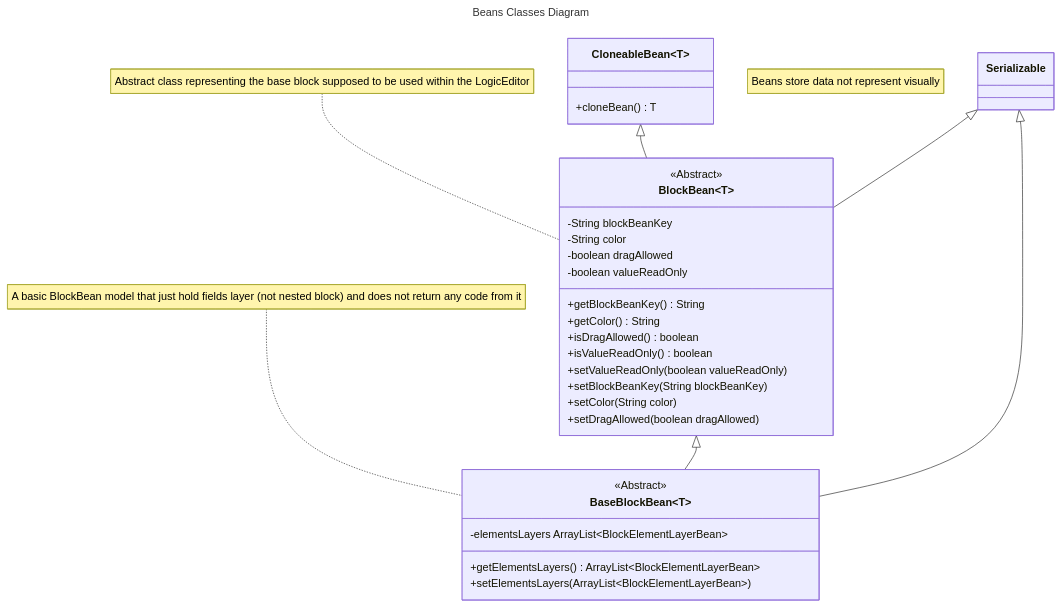
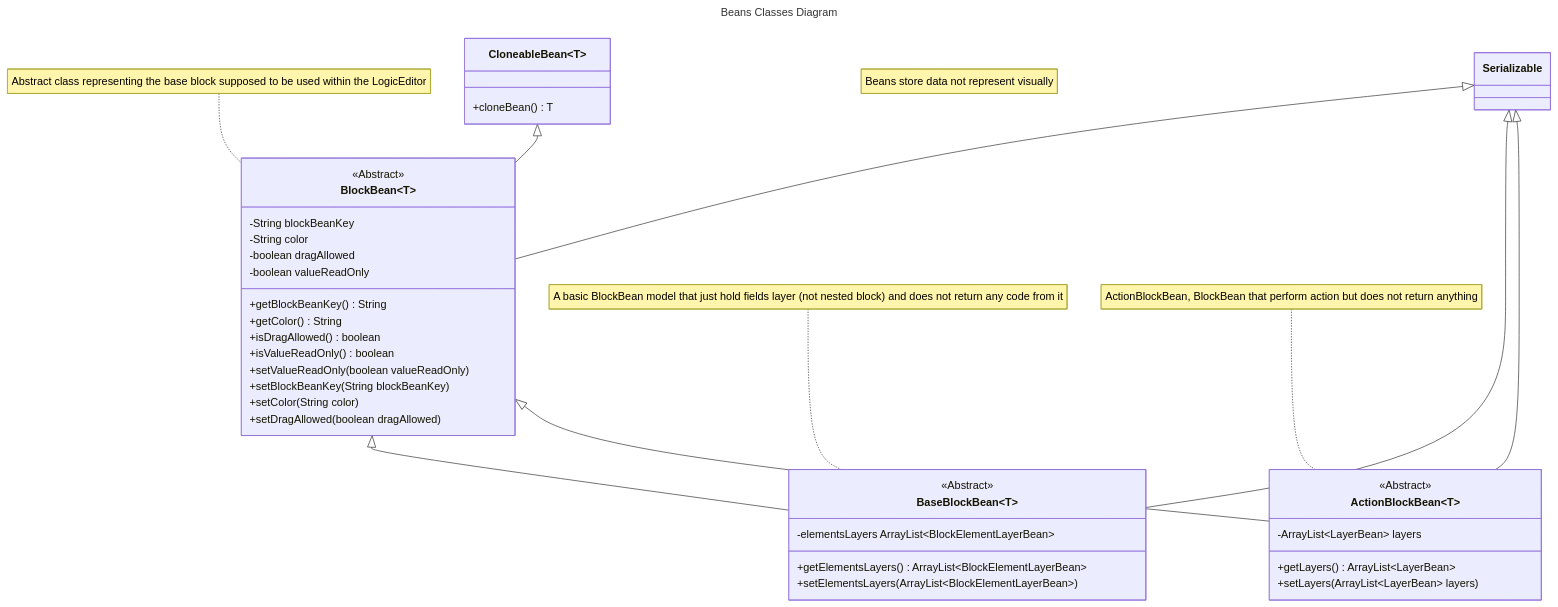
The diagram in docs/beans-classes.md (Innovative-CST/AndroidAppStudio), drawn with Mermaid before and after one commit.

Commit message:
uml: add UML of class ActionBlockBean

````diff
--- a/docs/beans-classes.md
+++ b/docs/beans-classes.md
@@ -1,42 +1,55 @@
 ```mermaid
 ---
 title: Beans Classes Diagram
 ---
 classDiagram
     note "Beans store data not represent visually"
     class CloneableBean~T~ {
         +cloneBean() T
     }
+
     class BlockBean~T~ {
         <<Abstract>>
 
         -String blockBeanKey
 	    -String color
 	    -boolean dragAllowed
 	    -boolean valueReadOnly
 
         +getBlockBeanKey() String
         +getColor() String
         +isDragAllowed() boolean
         +isValueReadOnly() boolean
         +setValueReadOnly(boolean valueReadOnly)
         +setBlockBeanKey(String blockBeanKey)
         +setColor(String color)
         +setDragAllowed(boolean dragAllowed)
     }
     note for BlockBean "Abstract class representing the base block supposed to be used within the LogicEditor"
     CloneableBean~T~ <|-- BlockBean~T~
     Serializable <|-- BlockBean~T~
 
     class BaseBlockBean~T~ {
         <<Abstract>>
 
         -elementsLayers ArrayList~BlockElementLayerBean~
-        
+
         +getElementsLayers() ArrayList~BlockElementLayerBean~
         +setElementsLayers(ArrayList~BlockElementLayerBean~)
     }
     note for BaseBlockBean "A basic BlockBean model that just hold fields layer (not nested block) and does not return any code from it"
     BlockBean~T~ <|-- BaseBlockBean~T~
     Serializable <|-- BaseBlockBean~T~
+
+    class ActionBlockBean~T~ {
+        <<Abstract>>
+
+        -ArrayList~LayerBean~ layers
+
+        +getLayers() ArrayList~LayerBean~
+        +setLayers(ArrayList~LayerBean~ layers)
+    }
+    note for ActionBlockBean "ActionBlockBean, BlockBean that perform action but does not return anything"
+    BlockBean~T~ <|-- ActionBlockBean~T~
+    Serializable <|-- ActionBlockBean~T~
 ```
````
